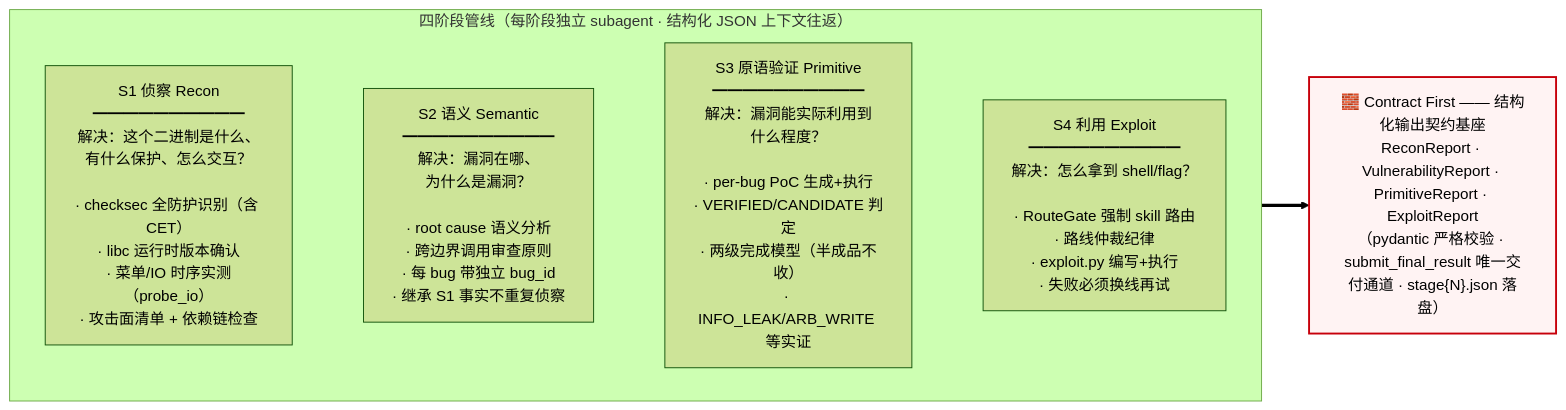
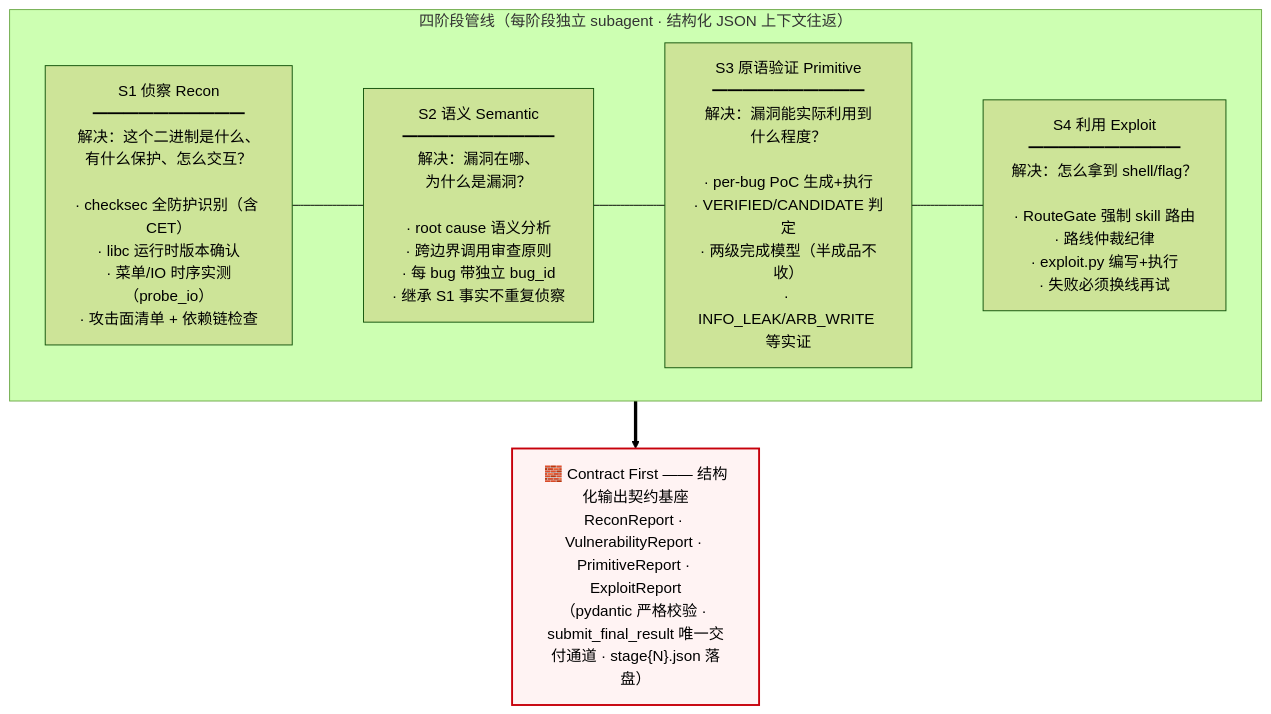
Before and after one commit to wodn2011/leanagent: the first of 2 diagrams in README.md, drawn with Mermaid (forest theme).

Commit message:
README: 编排图改 flowchart TB——S1-S4 横排一行（实线连接），Contract First 独立在下方

````diff
--- a/README.md
+++ b/README.md
@@ -9,18 +9,17 @@
 ```mermaid
-flowchart LR
-    direction TB
+flowchart TB
     subgraph PIPE["四阶段管线（每阶段独立 subagent · 结构化 JSON 上下文往返）"]
         direction LR
         S1["S1 侦察 Recon<br/>━━━━━━━━━━<br/>解决：这个二进制是什么、<br/>有什么保护、怎么交互？<br/><br/>· checksec 全防护识别（含 CET）<br/>· libc 运行时版本确认<br/>· 菜单/IO 时序实测（probe_io）<br/>· 攻击面清单 + 依赖链检查"]
         S2["S2 语义 Semantic<br/>━━━━━━━━━━<br/>解决：漏洞在哪、<br/>为什么是漏洞？<br/><br/>· root cause 语义分析<br/>· 跨边界调用审查原则<br/>· 每 bug 带独立 bug_id<br/>· 继承 S1 事实不重复侦察"]
         S3["S3 原语验证 Primitive<br/>━━━━━━━━━━<br/>解决：漏洞能实际利用到<br/>什么程度？<br/><br/>· per-bug PoC 生成+执行<br/>· VERIFIED/CANDIDATE 判定<br/>· 两级完成模型（半成品不收）<br/>· INFO_LEAK/ARB_WRITE 等实证"]
         S4["S4 利用 Exploit<br/>━━━━━━━━━━<br/>解决：怎么拿到 shell/flag？<br/><br/>· RouteGate 强制 skill 路由<br/>· 路线仲裁纪律<br/>· exploit.py 编写+执行<br/>· 失败必须换线再试"]
-        S1 ~~~ S2 ~~~ S3 ~~~ S4
+        S1 --- S2 --- S3 --- S4
     end
 
     CF["🧱 Contract First —— 结构化输出契约基座<br/>ReconReport · VulnerabilityReport · PrimitiveReport · ExploitReport<br/>（pydantic 严格校验 · submit_final_result 唯一交付通道 · stage{N}.json 落盘）"]
 
     PIPE ==> CF
 
     style CF fill:#fff3f3,stroke:#c7000b,stroke-width:2px
 ```
````
